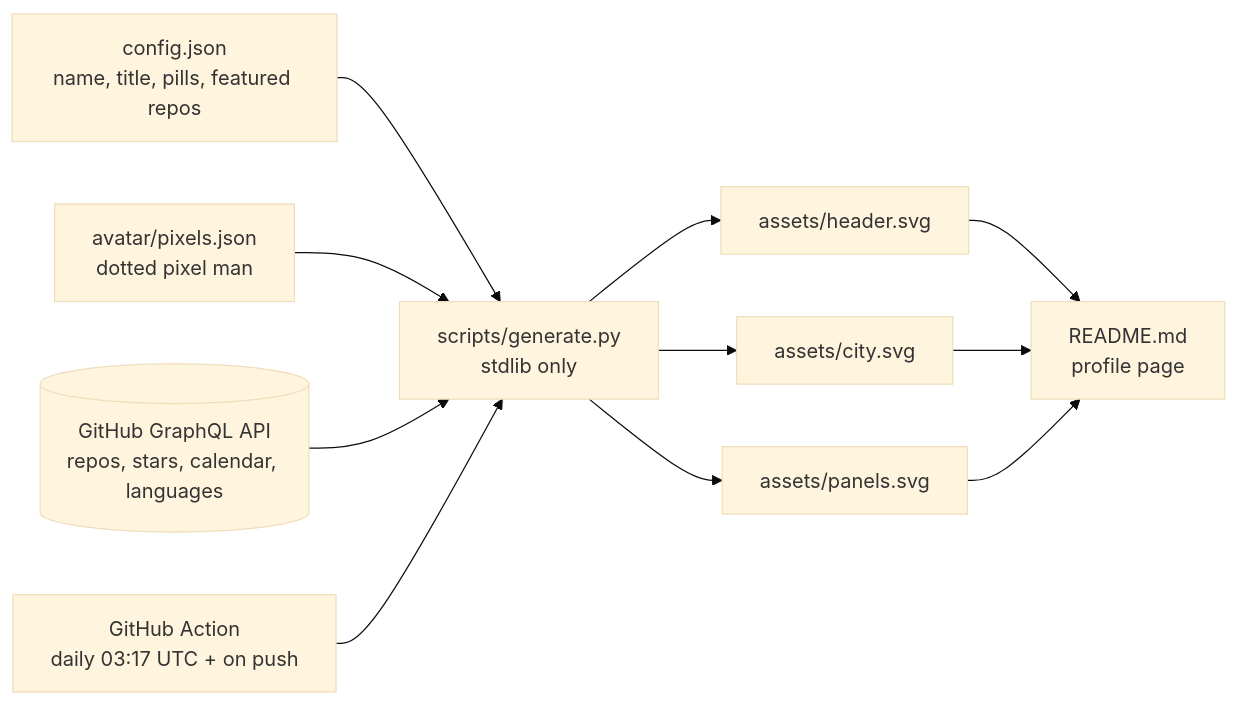
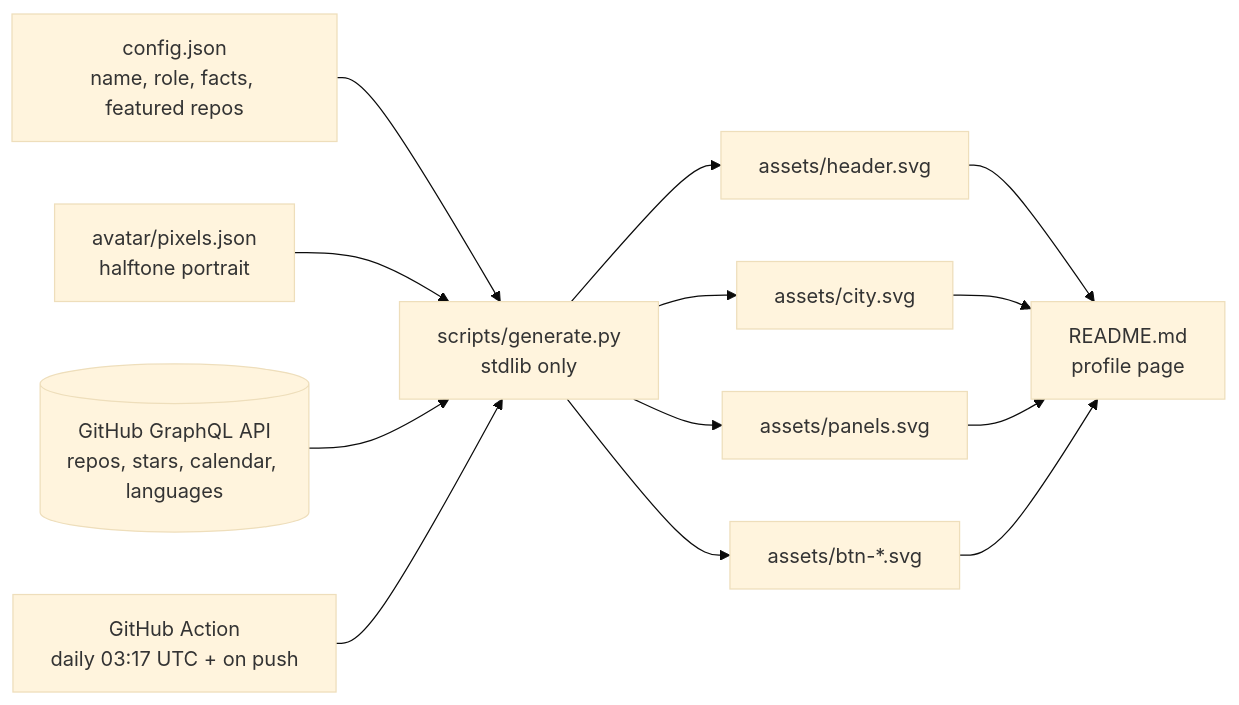
One commit to Jawad-Official/Jawad-Official changed the diagram in SETUP.md. Above: the diagram before and after it, drawn with Mermaid (base theme). The commit also changed other lines of this file and 15 other files, not shown here.

````diff
--- a/SETUP.md
+++ b/SETUP.md
@@ -5,11 +5,12 @@
 ```mermaid
 flowchart LR
-    cfg[config.json<br/>name, title, pills, featured repos] --> gen
-    av[avatar/pixels.json<br/>dotted pixel man] --> gen
+    cfg[config.json<br/>name, role, facts, featured repos] --> gen
+    av[avatar/pixels.json<br/>halftone portrait] --> gen
     api[(GitHub GraphQL API<br/>repos, stars, calendar, languages)] --> gen
     gen[scripts/generate.py<br/>stdlib only] --> h[assets/header.svg]
     gen --> c[assets/city.svg]
     gen --> p[assets/panels.svg]
-    h & c & p --> readme[README.md<br/>profile page]
+    gen --> b[assets/btn-*.svg]
+    h & c & p & b --> readme[README.md<br/>profile page]
     cron[GitHub Action<br/>daily 03:17 UTC + on push] --> gen
 ```
````
